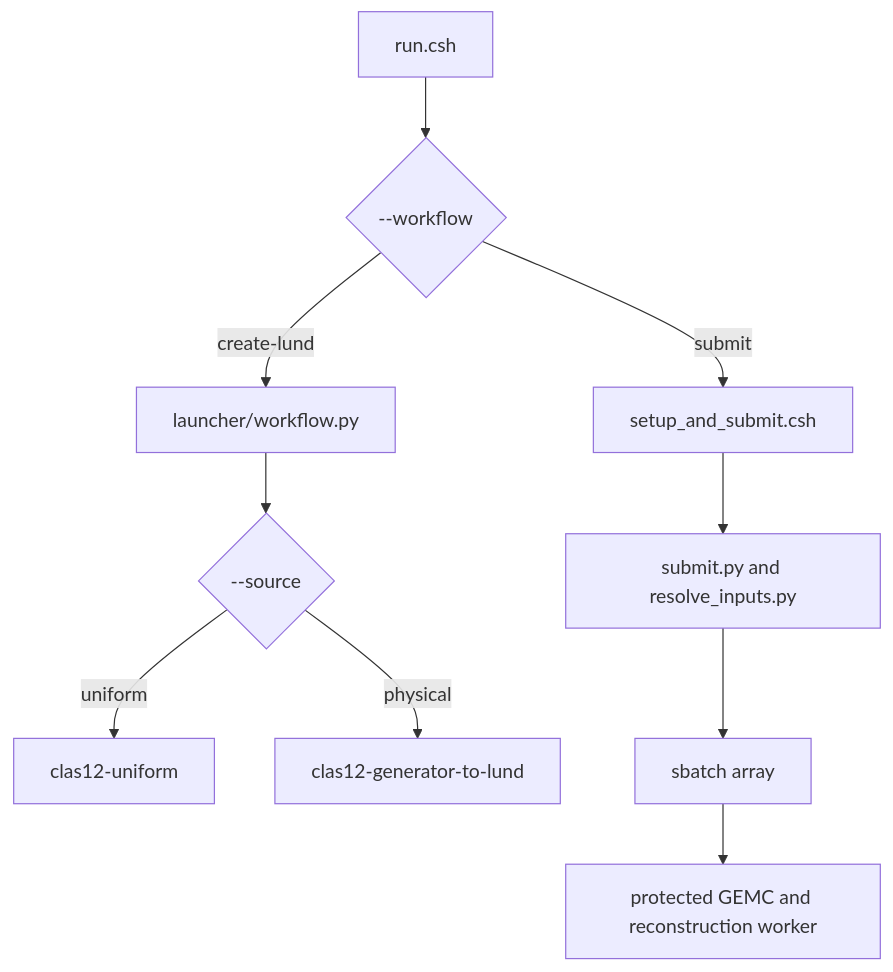
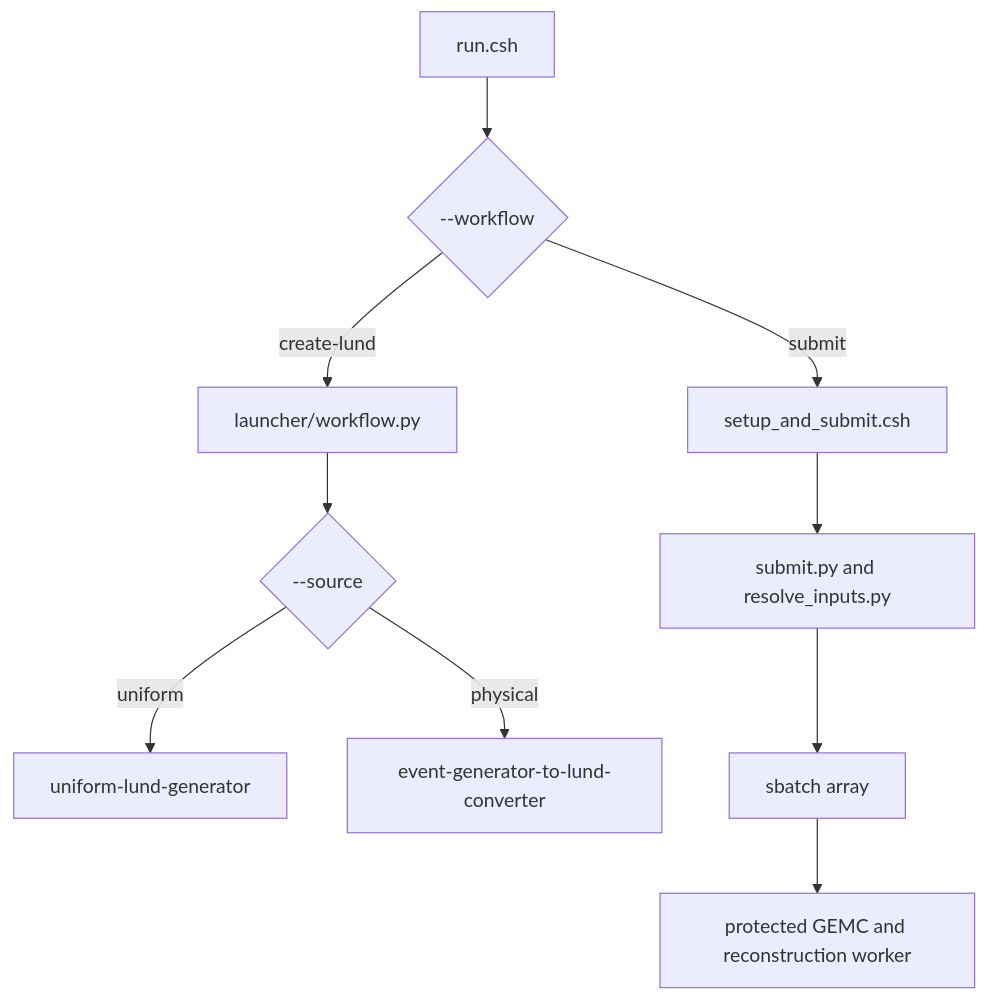
Before and after one commit to alons126/CLAS12-sample-generator: the diagram in docs/concepts/architecture.md, drawn with Mermaid. The commit also changed other lines of this file and 26 other files, not shown here.

````diff
--- a/docs/concepts/architecture.md
+++ b/docs/concepts/architecture.md
@@ -41,12 +41,12 @@
 ```mermaid
 flowchart TD
     R[run.csh] --> W{--workflow}
     W -->|create-lund| L[launcher/workflow.py]
     L --> S{--source}
-    S -->|uniform| U[clas12-uniform]
-    S -->|physical| P[clas12-generator-to-lund]
+    S -->|uniform| U[uniform-lund-generator]
+    S -->|physical| P[event-generator-to-lund-converter]
     W -->|submit| C[setup_and_submit.csh]
     C --> PY[submit.py and resolve_inputs.py]
     PY --> A[sbatch array]
     A --> X[protected GEMC and reconstruction worker]
 ```
````
